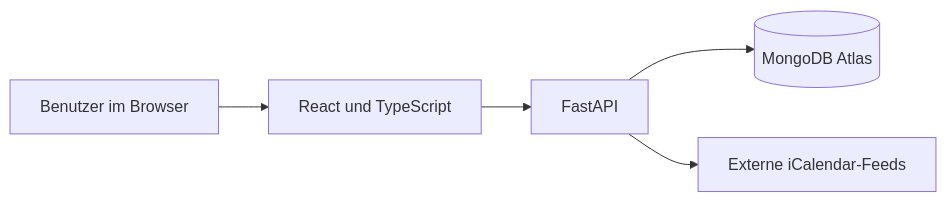
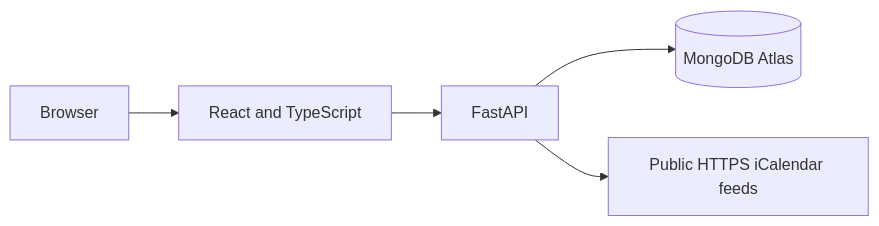
One commit to KibouAkari/LifeOrbit changed the diagram in docs/hackathon/REQUIREMENTS.md. Above: the diagram before and after it, drawn with Mermaid. The commit also changed other lines of this file and 8 other files, not shown here.

````diff
--- a/docs/hackathon/REQUIREMENTS.md
+++ b/docs/hackathon/REQUIREMENTS.md
@@ -9,7 +7,7 @@
 ```mermaid
 flowchart LR
-    U[Benutzer im Browser] --> F[React und TypeScript]
-    F --> A[FastAPI]
-    A --> M[(MongoDB Atlas)]
-    A --> C[Externe iCalendar-Feeds]
+    Browser[Browser] --> Frontend[React and TypeScript]
+    Frontend --> API[FastAPI]
+    API --> DB[(MongoDB Atlas)]
+    API --> Calendar[Public HTTPS iCalendar feeds]
 ```
````
